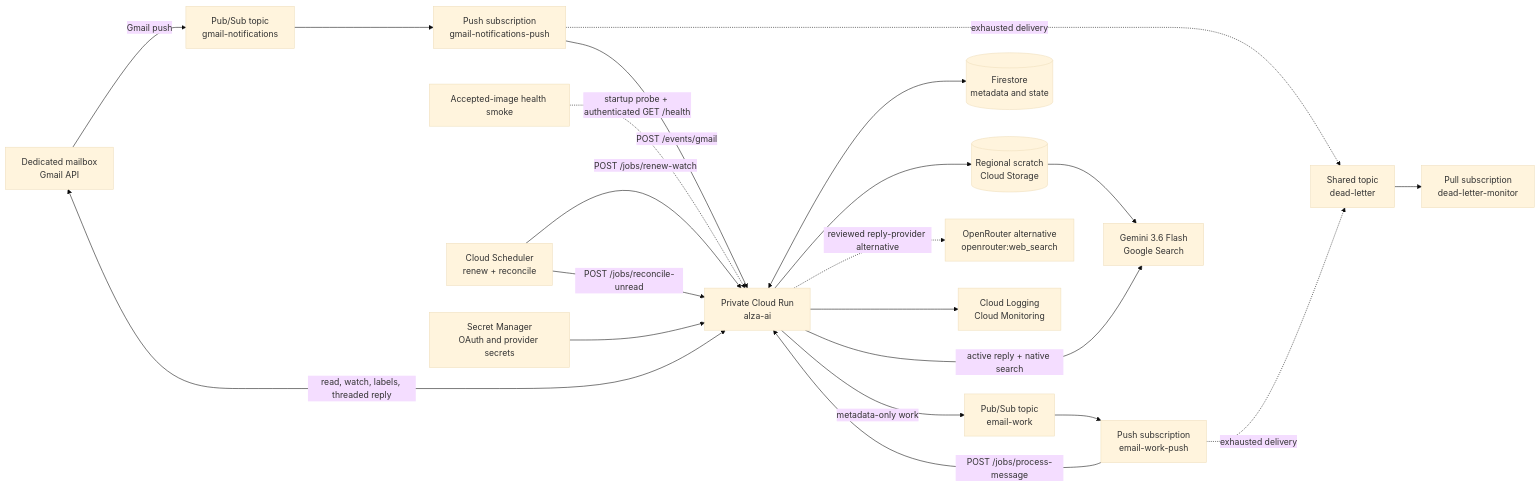
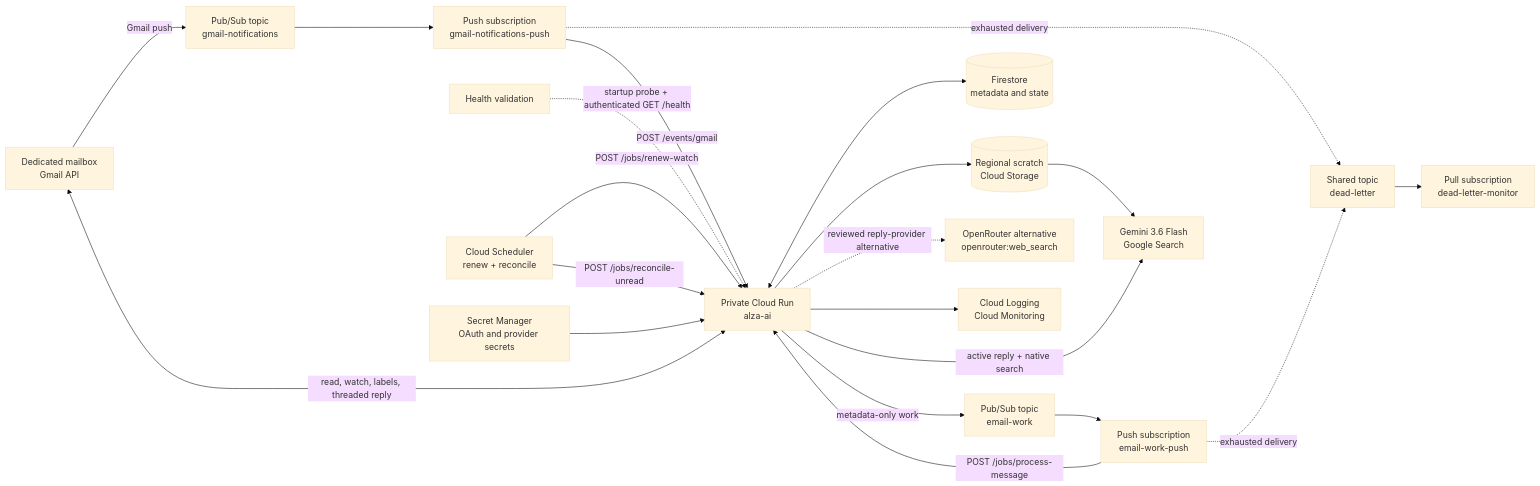
Before and after one commit to mathemage/Alza-AI-enablement-eng-2026_v1: the diagram in docs/design.md, drawn with Mermaid (base theme). The commit also changed other lines of this file and 4 other files, not shown here.

Commit message:
docs(health): Record accepted health correction #16

````diff
--- a/docs/design.md
+++ b/docs/design.md
@@ -62,35 +62,35 @@
 ```mermaid
 flowchart LR
     gmail["Dedicated mailbox<br/>Gmail API"]
     notifications["Pub/Sub topic<br/>gmail-notifications"]
     notificationPush["Push subscription<br/>gmail-notifications-push"]
     work["Pub/Sub topic<br/>email-work"]
     workPush["Push subscription<br/>email-work-push"]
     deadLetter["Shared topic<br/>dead-letter"]
     deadLetterMonitor["Pull subscription<br/>dead-letter-monitor"]
     service["Private Cloud Run<br/>alza-ai"]
-    smoke["Accepted-image health smoke"]
+    smoke["Health validation"]
     scheduler["Cloud Scheduler<br/>renew + reconcile"]
     firestore[("Firestore<br/>metadata and state")]
     scratch[("Regional scratch<br/>Cloud Storage")]
     gemini["Gemini 3.6 Flash<br/>Google Search"]
     openrouter["OpenRouter alternative<br/>openrouter:web_search"]
     secrets["Secret Manager<br/>OAuth and provider secrets"]
     observability["Cloud Logging<br/>Cloud Monitoring"]
 
     gmail -->|"Gmail push"| notifications --> notificationPush
     notificationPush -->|"POST /events/gmail"| service
     service -->|"metadata-only work"| work --> workPush
     workPush -->|"POST /jobs/process-message"| service
     notificationPush -. "exhausted delivery" .-> deadLetter
     workPush -. "exhausted delivery" .-> deadLetter --> deadLetterMonitor
     smoke -.->|"startup probe + authenticated GET /health"| service
     scheduler -->|"POST /jobs/renew-watch"| service
     scheduler -->|"POST /jobs/reconcile-unread"| service
     service <--> firestore
     service --> scratch --> gemini
     service -->|"active reply + native search"| gemini
     service -. "reviewed reply-provider alternative" .-> openrouter
     secrets --> service --> observability
     service <-->|"read, watch, labels, threaded reply"| gmail
 ```
````
